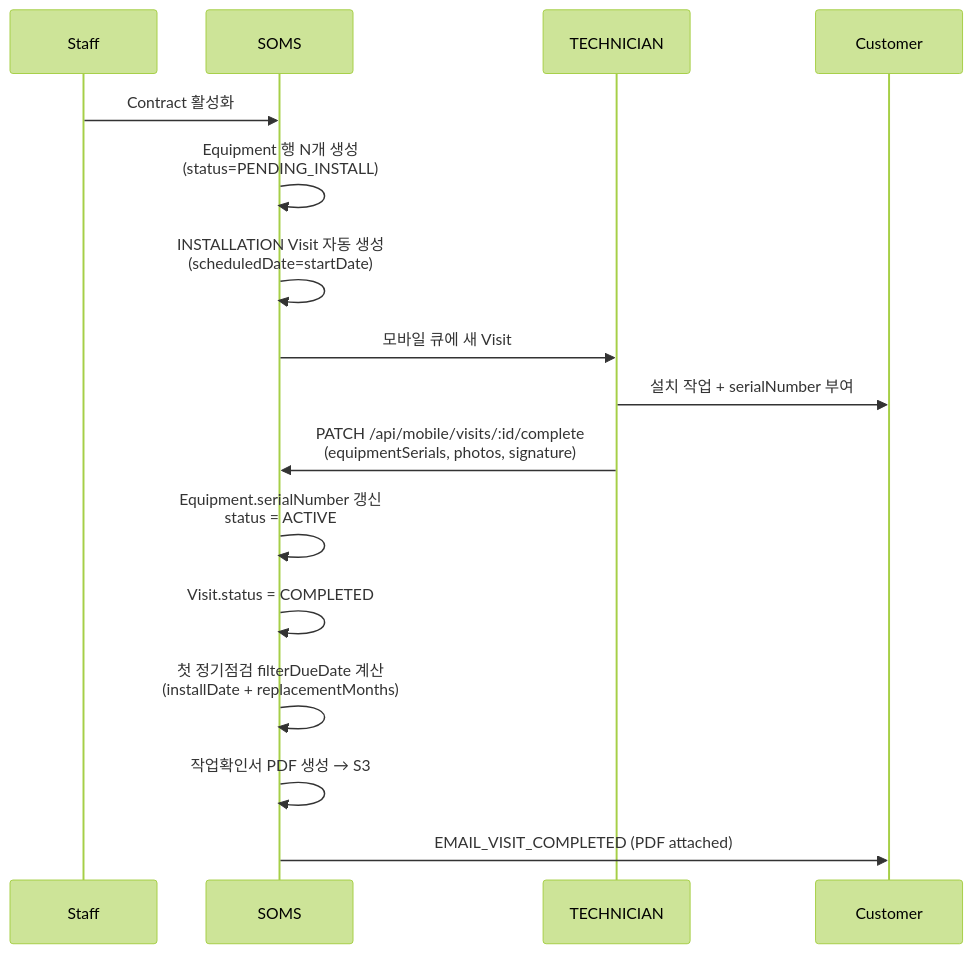
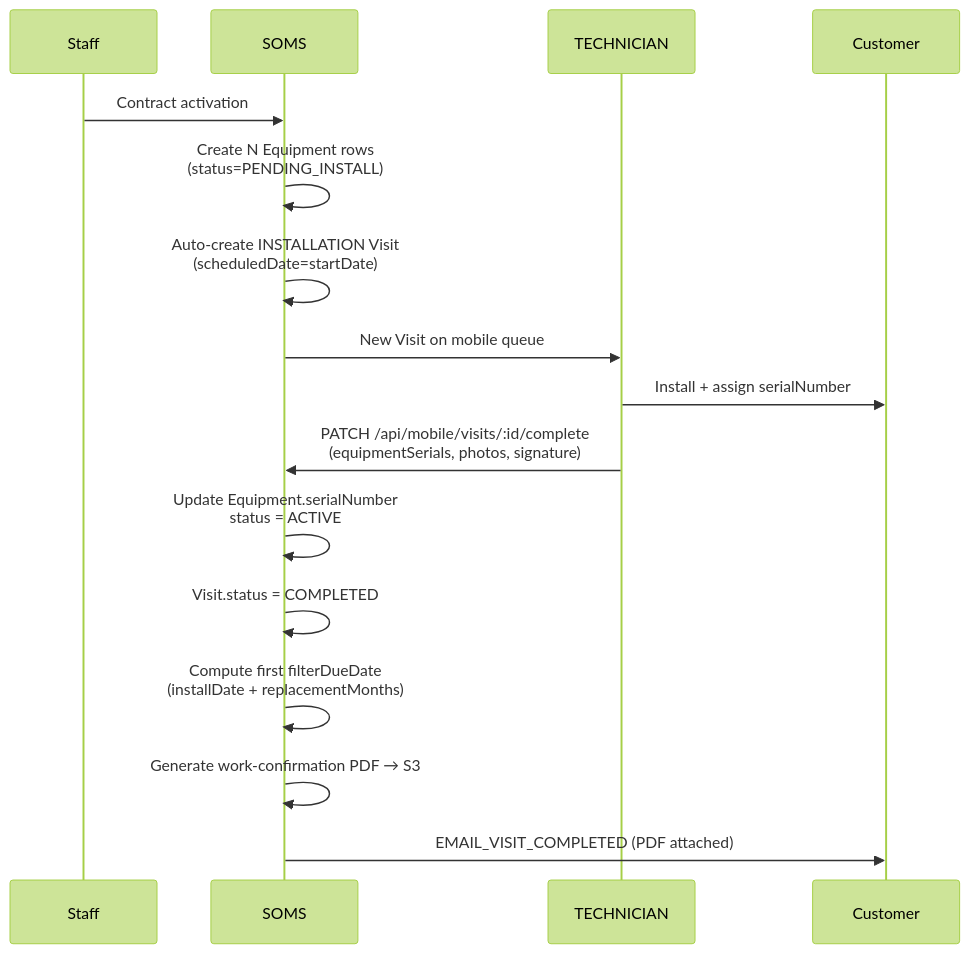
Diagram 16 of 43 in docs/USER_WORKFLOWS.md (JoJakeTaemoon/jakes-home-appliances-soms), drawn with Mermaid (forest theme) before and after one commit. The commit also changed other lines of this file and 1 other file, not shown here.

First line of the commit message:
docs(workflows): add per-Part summary diagrams to HOW_TO_USE.md + translate USER_WORKFLOWS.md to English

````diff
--- a/docs/USER_WORKFLOWS.md
+++ b/docs/USER_WORKFLOWS.md
@@ -483,20 +483,20 @@
 ```mermaid
 sequenceDiagram
   participant Staff
   participant System as SOMS
   participant Tech as TECHNICIAN
   participant Customer
 
-  Staff->>System: Contract 활성화
-  System->>System: Equipment 행 N개 생성<br/>(status=PENDING_INSTALL)
-  System->>System: INSTALLATION Visit 자동 생성<br/>(scheduledDate=startDate)
-  System->>Tech: 모바일 큐에 새 Visit
+  Staff->>System: Contract activation
+  System->>System: Create N Equipment rows<br/>(status=PENDING_INSTALL)
+  System->>System: Auto-create INSTALLATION Visit<br/>(scheduledDate=startDate)
+  System->>Tech: New Visit on mobile queue
 
-  Tech->>Customer: 설치 작업 + serialNumber 부여
+  Tech->>Customer: Install + assign serialNumber
   Tech->>System: PATCH /api/mobile/visits/:id/complete<br/>(equipmentSerials, photos, signature)
-  System->>System: Equipment.serialNumber 갱신<br/>status = ACTIVE
+  System->>System: Update Equipment.serialNumber<br/>status = ACTIVE
   System->>System: Visit.status = COMPLETED
-  System->>System: 첫 정기점검 filterDueDate 계산<br/>(installDate + replacementMonths)
-  System->>System: 작업확인서 PDF 생성 → S3
+  System->>System: Compute first filterDueDate<br/>(installDate + replacementMonths)
+  System->>System: Generate work-confirmation PDF → S3
   System->>Customer: EMAIL_VISIT_COMPLETED (PDF attached)
 ```
````
